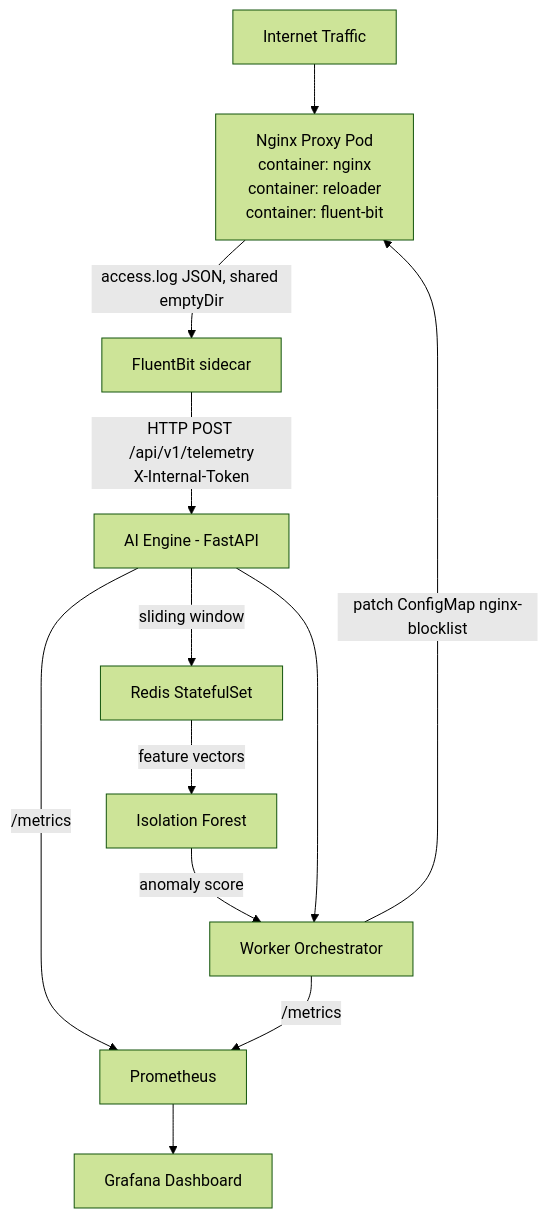
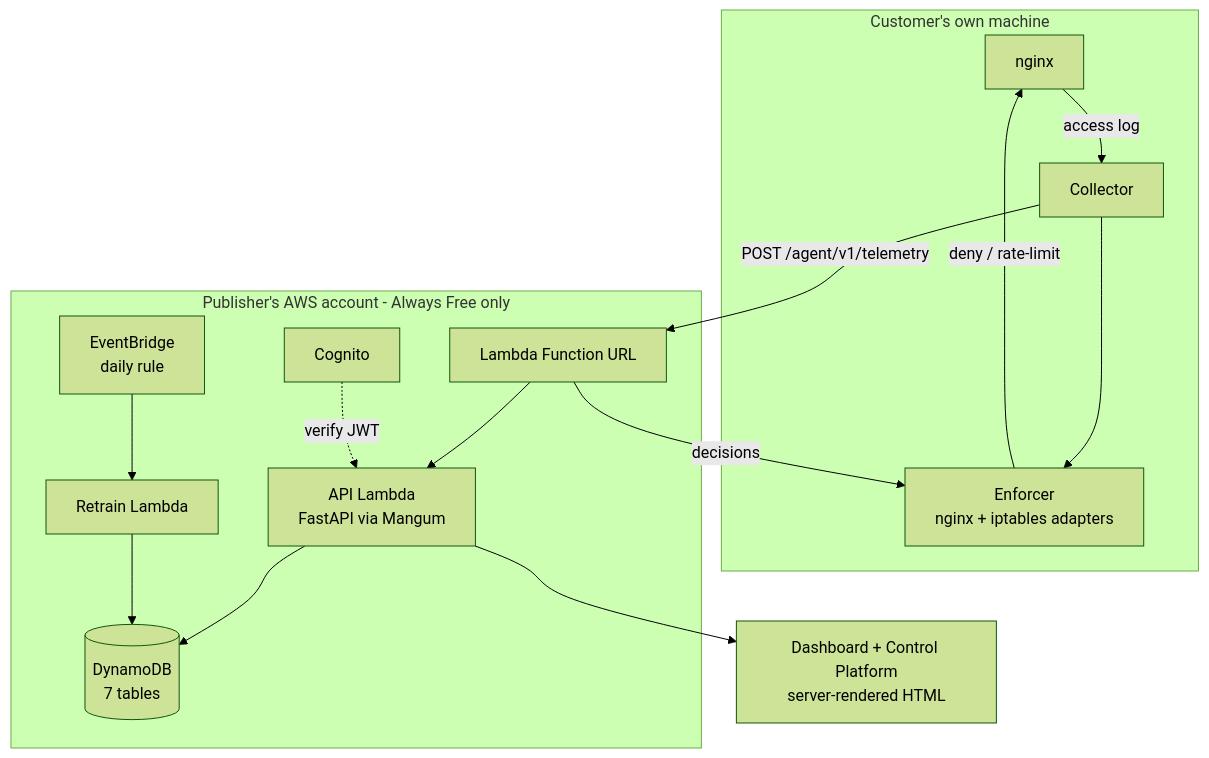
Before and after one commit to 23521549-lang/aiops-traffic-shaper: the first of 2 diagrams in docs/architecture.md, drawn with Mermaid (forest theme). The commit also changed other lines of this file and 5 other files, not shown here.

Commit message:
docs: viet lai README + architecture + mlops-design + runbook cho mo hinh hybrid

````diff
--- a/docs/architecture.md
+++ b/docs/architecture.md
@@ -12,14 +21,20 @@
 ```mermaid
-flowchart TD
-    A[Internet Traffic] --> B["Nginx Proxy Pod<br/>container: nginx<br/>container: reloader<br/>container: fluent-bit"]
-    B -->|access.log JSON, shared emptyDir| C[FluentBit sidecar]
-    C -->|"HTTP POST /api/v1/telemetry<br/>X-Internal-Token"| D[AI Engine - FastAPI]
-    D -->|sliding window| E[Redis StatefulSet]
-    E -->|feature vectors| F[Isolation Forest]
-    F -->|anomaly score| G[Worker Orchestrator]
-    D --> G
-    G -->|patch ConfigMap nginx-blocklist| B
-    D -->|/metrics| H[Prometheus]
-    G -->|/metrics| H
-    H --> I[Grafana Dashboard]
+flowchart TB
+    subgraph Customer["Customer's own machine"]
+        NG[nginx] -->|access log| CO[Collector]
+        CO --> EN[Enforcer<br/>nginx + iptables adapters]
+        EN -->|deny / rate-limit| NG
+    end
+
+    subgraph AWS["Publisher's AWS account - Always Free only"]
+        FU[Lambda Function URL] --> API[API Lambda<br/>FastAPI via Mangum]
+        API --> DDB[(DynamoDB<br/>7 tables)]
+        EB[EventBridge<br/>daily rule] --> RT[Retrain Lambda]
+        RT --> DDB
+        COG[Cognito] -.->|verify JWT| API
+    end
+
+    CO -->|POST /agent/v1/telemetry| FU
+    FU -->|decisions| EN
+    API --> UI[Dashboard + Control Platform<br/>server-rendered HTML]
 ```
````
